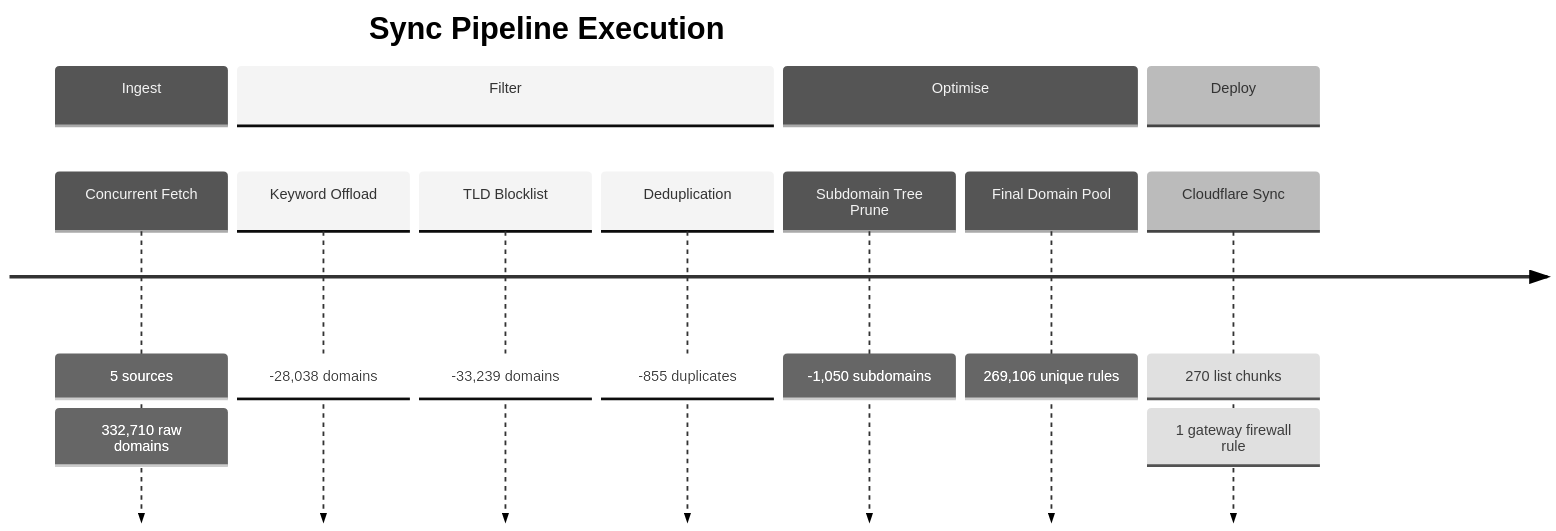
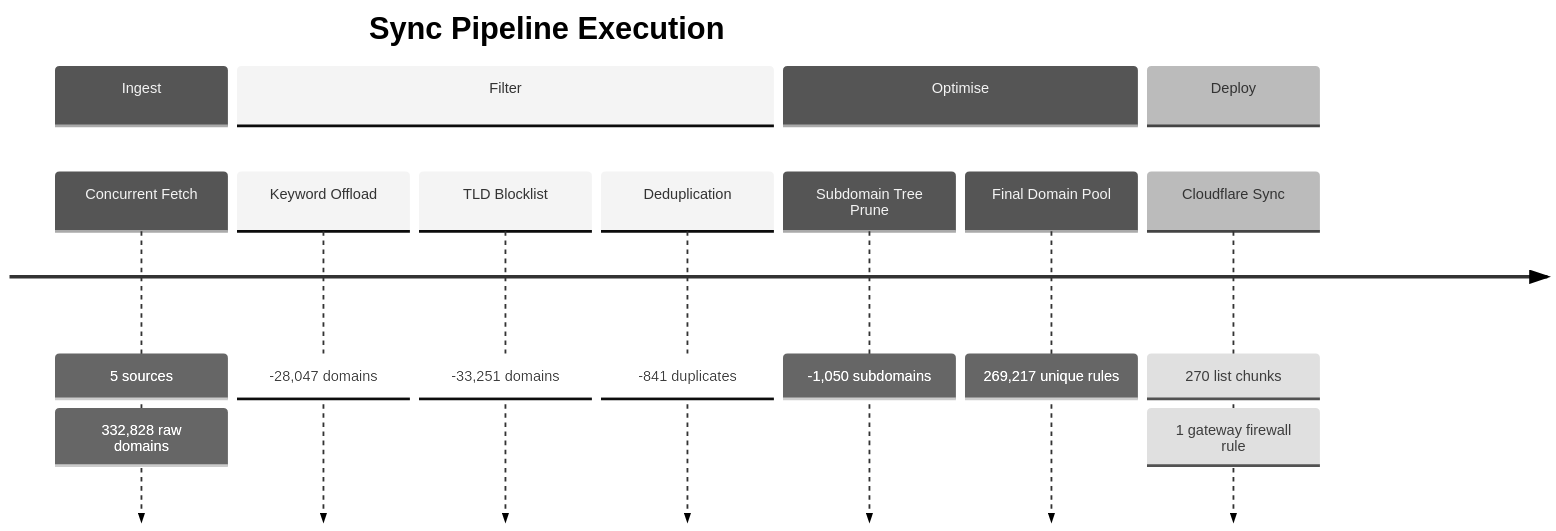
Before and after one commit to brojangles24/Cloudflare-ZeroTrust-AdBlock: the second of 6 diagrams in README_STATS.md, drawn with Mermaid (neutral theme). The commit also changed other lines of this file and 1 other file, not shown here.

````diff
--- a/README_STATS.md
+++ b/README_STATS.md
@@ -54,17 +54,17 @@
 ```mermaid
 timeline
     title Sync Pipeline Execution
     section Ingest
         Concurrent Fetch   : 5 sources
-                           : 332,710 raw domains
+                           : 332,828 raw domains
     section Filter
-        Keyword Offload    : -28,038 domains
-        TLD Blocklist      : -33,239 domains
-        Deduplication      : -855 duplicates
+        Keyword Offload    : -28,047 domains
+        TLD Blocklist      : -33,251 domains
+        Deduplication      : -841 duplicates
     section Optimise
         Subdomain Tree Prune : -1,050 subdomains
-        Final Domain Pool    : 269,106 unique rules
+        Final Domain Pool    : 269,217 unique rules
     section Deploy
         Cloudflare Sync    : 270 list chunks
                            : 1 gateway firewall rule
 ```
````
